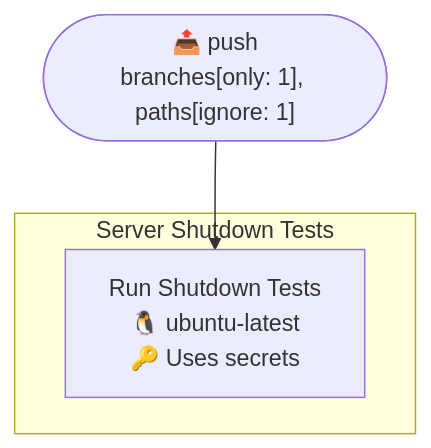
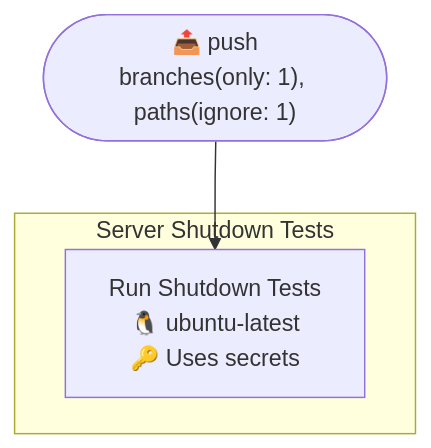
One commit to http4k/http4k changed the ninth of 11 diagrams in .github/typeflows.md. Above: the diagram before and after it, drawn with Mermaid. The commit also changed other lines of this file and 10 other files, not shown here.

Commit message:
Updates to workflow diagrams, libs

````diff
--- a/.github/typeflows.md
+++ b/.github/typeflows.md
@@ -138,9 +160,9 @@
 ```mermaid
 %%{init: {"flowchart": {"curve": "basis"}}}%%
 flowchart TD
-    push(["📤 push<br/>branches#91;only: 1#93;, paths#91;ignore: 1#93;"])
-    subgraph server_shutdown_tests["Server Shutdown Tests"]
-        server_shutdown_tests_run_tests["Run Shutdown Tests<br/>🐧 ubuntu-latest<br/>🔑 Uses secrets"]
+    push(["📤 push<br/>branches(only: 1), paths(ignore: 1)"])
+    subgraph servershutdowntests["Server Shutdown Tests"]
+        servershutdowntests_runtests["Run Shutdown Tests<br/>🐧 ubuntu-latest<br/>🔑 Uses secrets"]
     end
-    push --> server_shutdown_tests_run_tests
+    push --> servershutdowntests_runtests
 ```
````
